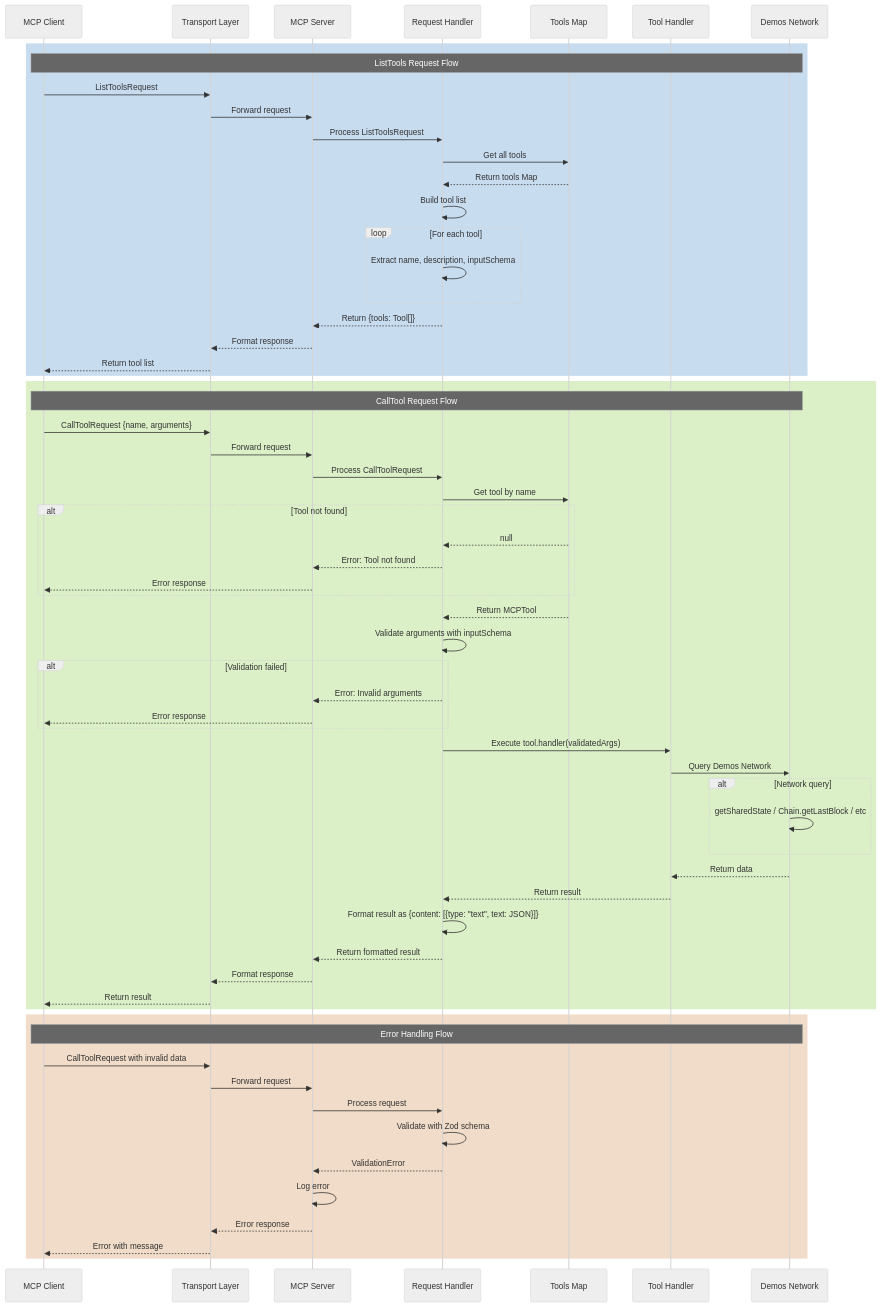
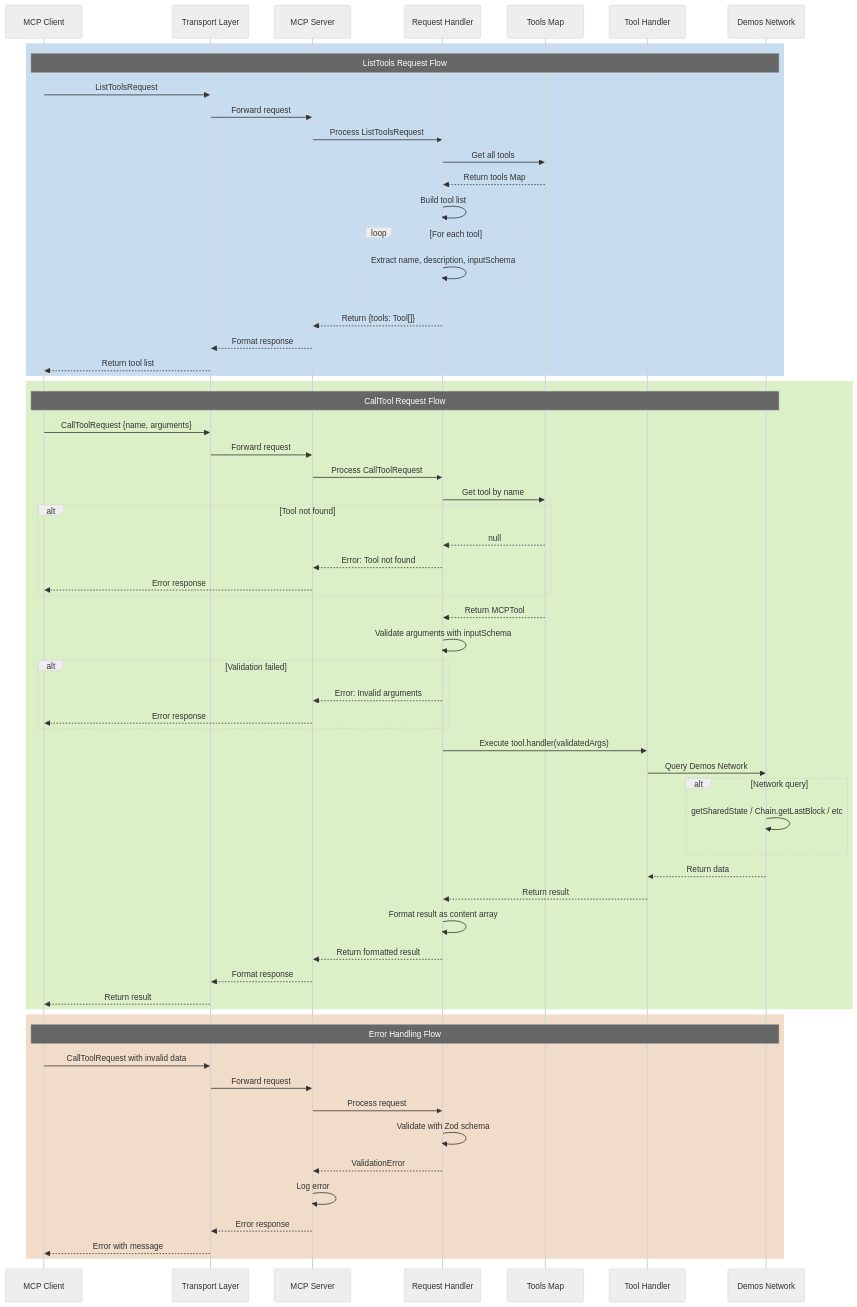
The fifth of 10 diagrams in diagrams/mcp/MCP_PROTOCOL.md (Shitikyan/node), drawn with Mermaid (neutral theme) before and after one commit. The commit also changed other lines of this file and 3 other files, not shown here.

First line of the commit message:
Fix remaining Mermaid syntax errors across all diagrams

````diff
--- a/diagrams/mcp/MCP_PROTOCOL.md
+++ b/diagrams/mcp/MCP_PROTOCOL.md
@@ -321,68 +321,68 @@
 ```mermaid
 sequenceDiagram
     participant Client as MCP Client
     participant Transport as Transport Layer
     participant Server as MCP Server
     participant Handler as Request Handler
     participant ToolMap as Tools Map
     participant Tool as Tool Handler
     participant Demos as Demos Network
 
     rect rgb(200, 220, 240)
         Note over Client,Demos: ListTools Request Flow
         Client->>Transport: ListToolsRequest
         Transport->>Server: Forward request
         Server->>Handler: Process ListToolsRequest
         Handler->>ToolMap: Get all tools
         ToolMap-->>Handler: Return tools Map
         Handler->>Handler: Build tool list
         loop For each tool
             Handler->>Handler: Extract name, description, inputSchema
         end
         Handler-->>Server: Return {tools: Tool[]}
         Server-->>Transport: Format response
         Transport-->>Client: Return tool list
     end
 
     rect rgb(220, 240, 200)
         Note over Client,Demos: CallTool Request Flow
         Client->>Transport: CallToolRequest {name, arguments}
         Transport->>Server: Forward request
         Server->>Handler: Process CallToolRequest
         Handler->>ToolMap: Get tool by name
         alt Tool not found
             ToolMap-->>Handler: null
             Handler-->>Server: Error: Tool not found
             Server-->>Client: Error response
         end
         ToolMap-->>Handler: Return MCPTool
         Handler->>Handler: Validate arguments with inputSchema
         alt Validation failed
             Handler-->>Server: Error: Invalid arguments
             Server-->>Client: Error response
         end
         Handler->>Tool: Execute tool.handler(validatedArgs)
         Tool->>Demos: Query Demos Network
         alt Network query
             Demos->>Demos: getSharedState / Chain.getLastBlock / etc
         end
         Demos-->>Tool: Return data
         Tool-->>Handler: Return result
-        Handler->>Handler: Format result as {content: [{type: "text", text: JSON}]}
+        Handler->>Handler: Format result as content array
         Handler-->>Server: Return formatted result
         Server-->>Transport: Format response
         Transport-->>Client: Return result
     end
 
     rect rgb(240, 220, 200)
         Note over Client,Demos: Error Handling Flow
         Client->>Transport: CallToolRequest with invalid data
         Transport->>Server: Forward request
         Server->>Handler: Process request
         Handler->>Handler: Validate with Zod schema
         Handler-->>Server: ValidationError
         Server->>Server: Log error
         Server-->>Transport: Error response
         Transport-->>Client: Error with message
     end
 ```
````
